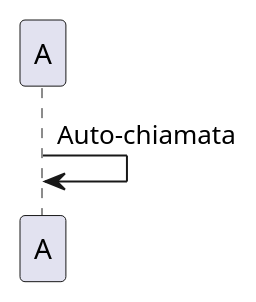
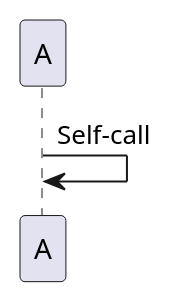
One commit to Seniorsimo/sas-template changed the fifth of 32 diagrams in 03-behavioral-diagrams/sequence-diagrams/README.md. Above: the diagram before and after it, drawn with PlantUML. The commit also changed other lines of this file and 49 other files, not shown here.

````diff
--- a/03-behavioral-diagrams/sequence-diagrams/README.md
+++ b/03-behavioral-diagrams/sequence-diagrams/README.md
@@ -51,3 +51,3 @@
 ```plantuml
-A -> A: Auto-chiamata
+A -> A: Self-call
 ```
````
